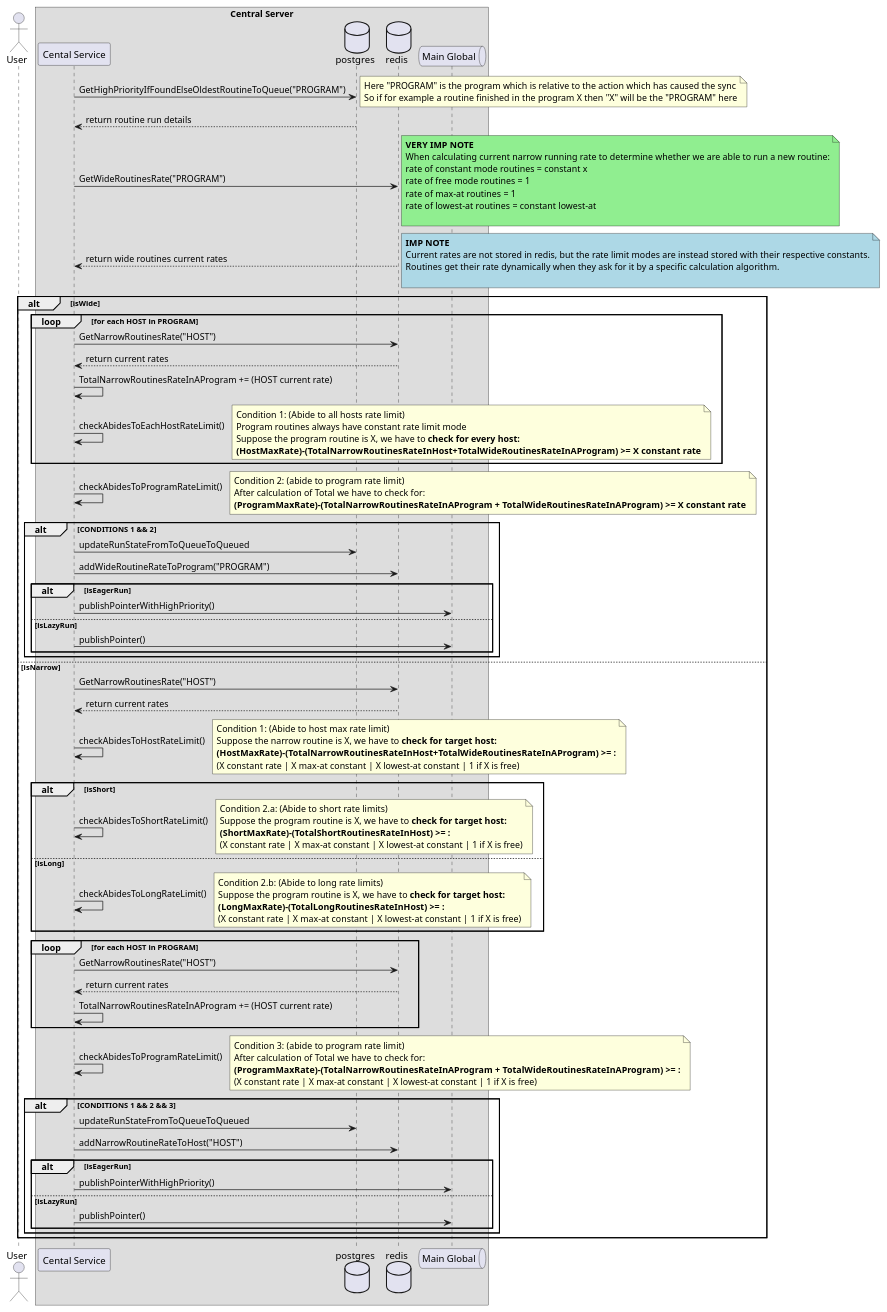
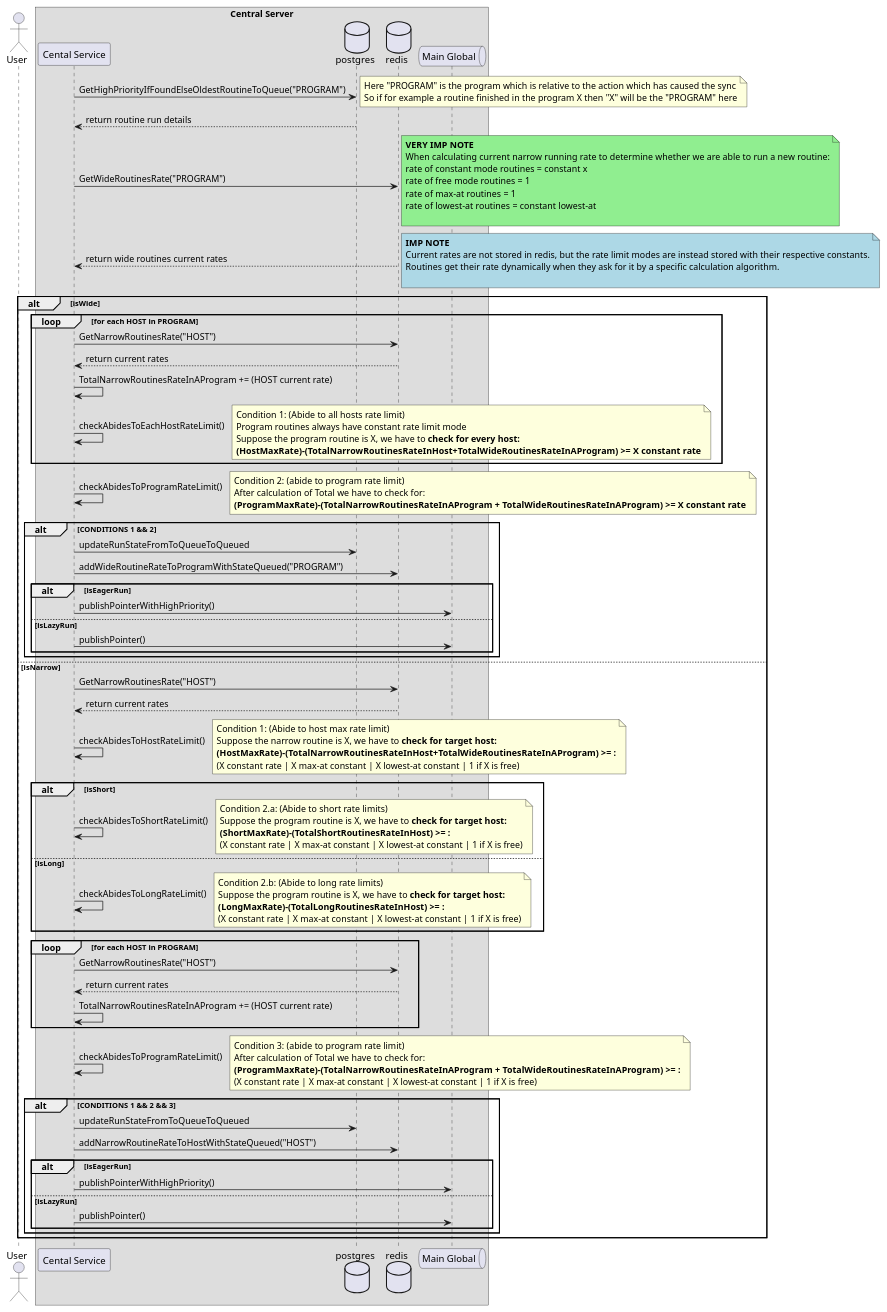
The diagram in plan/HLD/sequence-diagrams/program-sync-http-run-operations.puml (anovimous/automata), drawn with PlantUML before and after one commit.

Commit message:
docs(routine-run-management): edited actions naming in two places for more clarity

```diff
--- a/plan/HLD/sequence-diagrams/program-sync-http-run-operations.puml
+++ b/plan/HLD/sequence-diagrams/program-sync-http-run-operations.puml
@@ -2,122 +2,122 @@
 @startuml
 actor "User" as user
 box "Central Server"
 participant "Cental Service" as api
 database postgres
 database redis
 queue "Main Global" as mainq
 end box
 
 
 
 api -> postgres : GetHighPriorityIfFoundElseOldestRoutineToQueue("PROGRAM")
 note right
 Here "PROGRAM" is the program which is relative to the action which has caused the sync
 So if for example a routine finished in the program X then "X" will be the "PROGRAM" here
 end note
 postgres --> api: return routine run details
 
 api -> redis : GetWideRoutinesRate("PROGRAM")
 note right #LightGreen
 <b>VERY IMP NOTE
 When calculating current narrow running rate to determine whether we are able to run a new routine:
 rate of constant mode routines = constant x
 rate of free mode routines = 1
 rate of max-at routines = 1
 rate of lowest-at routines = constant lowest-at
 
 end note
 redis --> api : return wide routines current rates
 note right #LightBlue
 <b>IMP NOTE
 Current rates are not stored in redis, but the rate limit modes are instead stored with their respective constants.
 Routines get their rate dynamically when they ask for it by a specific calculation algorithm.
 
 end note
 alt isWide
 loop for each HOST in PROGRAM
 api -> redis : GetNarrowRoutinesRate("HOST")
 
 redis --> api : return current rates
 api -> api: TotalNarrowRoutinesRateInAProgram += (HOST current rate)
 api -> api : checkAbidesToEachHostRateLimit()
 note right
 Condition 1: (Abide to all hosts rate limit)
 Program routines always have constant rate limit mode
 Suppose the program routine is X, we have to <b>check for every host:
 <b>(HostMaxRate)-(TotalNarrowRoutinesRateInHost+TotalWideRoutinesRateInAProgram) >= X constant rate
 end note
 end
 api -> api : checkAbidesToProgramRateLimit()
 note right
 Condition 2: (abide to program rate limit)
 After calculation of Total we have to check for:
 <b>(ProgramMaxRate)-(TotalNarrowRoutinesRateInAProgram + TotalWideRoutinesRateInAProgram) >= X constant rate
 end note
 
 alt CONDITIONS 1 && 2
 api -> postgres: updateRunStateFromToQueueToQueued
-api -> redis : addWideRoutineRateToProgram("PROGRAM")
+api -> redis : addWideRoutineRateToProgramWithStateQueued("PROGRAM")
 alt isEagerRun
 api -> mainq: publishPointerWithHighPriority()
 else isLazyRun
 api -> mainq: publishPointer()
 end
 
 end
 else isNarrow
 api -> redis : GetNarrowRoutinesRate("HOST")
 
 redis --> api : return current rates
 
 api -> api : checkAbidesToHostRateLimit()
 note right
 Condition 1: (Abide to host max rate limit)
 Suppose the narrow routine is X, we have to <b>check for target host:
 <b>(HostMaxRate)-(TotalNarrowRoutinesRateInHost+TotalWideRoutinesRateInAProgram) >= :
 (X constant rate | X max-at constant | X lowest-at constant | 1 if X is free)
 end note
 alt isShort
 api -> api : checkAbidesToShortRateLimit()
 note right
 Condition 2.a: (Abide to short rate limits)
 Suppose the program routine is X, we have to <b>check for target host:
 <b>(ShortMaxRate)-(TotalShortRoutinesRateInHost) >= :
 (X constant rate | X max-at constant | X lowest-at constant | 1 if X is free)
 end note
 else isLong
 api -> api : checkAbidesToLongRateLimit()
 note right
 Condition 2.b: (Abide to long rate limits)
 Suppose the program routine is X, we have to <b>check for target host:
 <b>(LongMaxRate)-(TotalLongRoutinesRateInHost) >= :
 (X constant rate | X max-at constant | X lowest-at constant | 1 if X is free)
 end note
 end
 
 loop for each HOST in PROGRAM
 api -> redis : GetNarrowRoutinesRate("HOST")
 redis --> api : return current rates
 api -> api: TotalNarrowRoutinesRateInAProgram += (HOST current rate)
 
 end
 api -> api : checkAbidesToProgramRateLimit()
 note right
 Condition 3: (abide to program rate limit)
 After calculation of Total we have to check for:
 <b>(ProgramMaxRate)-(TotalNarrowRoutinesRateInAProgram + TotalWideRoutinesRateInAProgram) >= :
 (X constant rate | X max-at constant | X lowest-at constant | 1 if X is free)
 end note
 alt CONDITIONS 1 && 2 && 3
 
 api -> postgres: updateRunStateFromToQueueToQueued
-api -> redis : addNarrowRoutineRateToHost("HOST")
+api -> redis : addNarrowRoutineRateToHostWithStateQueued("HOST")
 alt isEagerRun
 api -> mainq: publishPointerWithHighPriority()
 else isLazyRun
 api -> mainq: publishPointer()
 end
 end
 end
 
 @enduml
```
